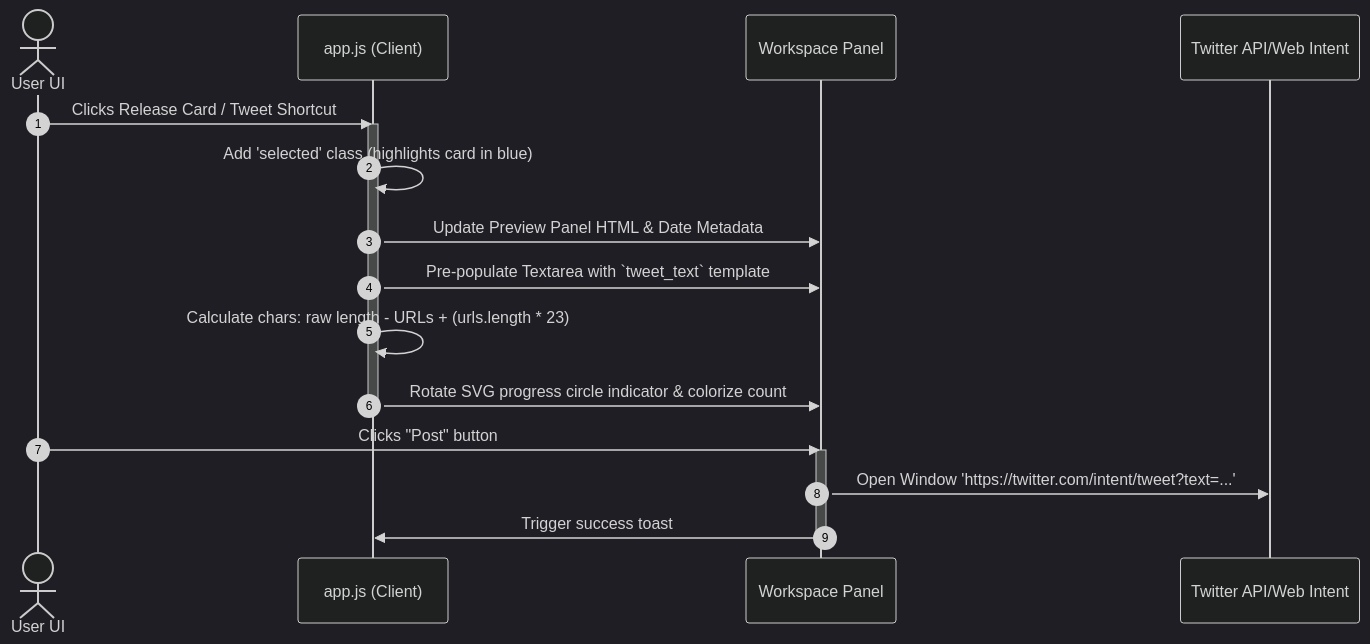
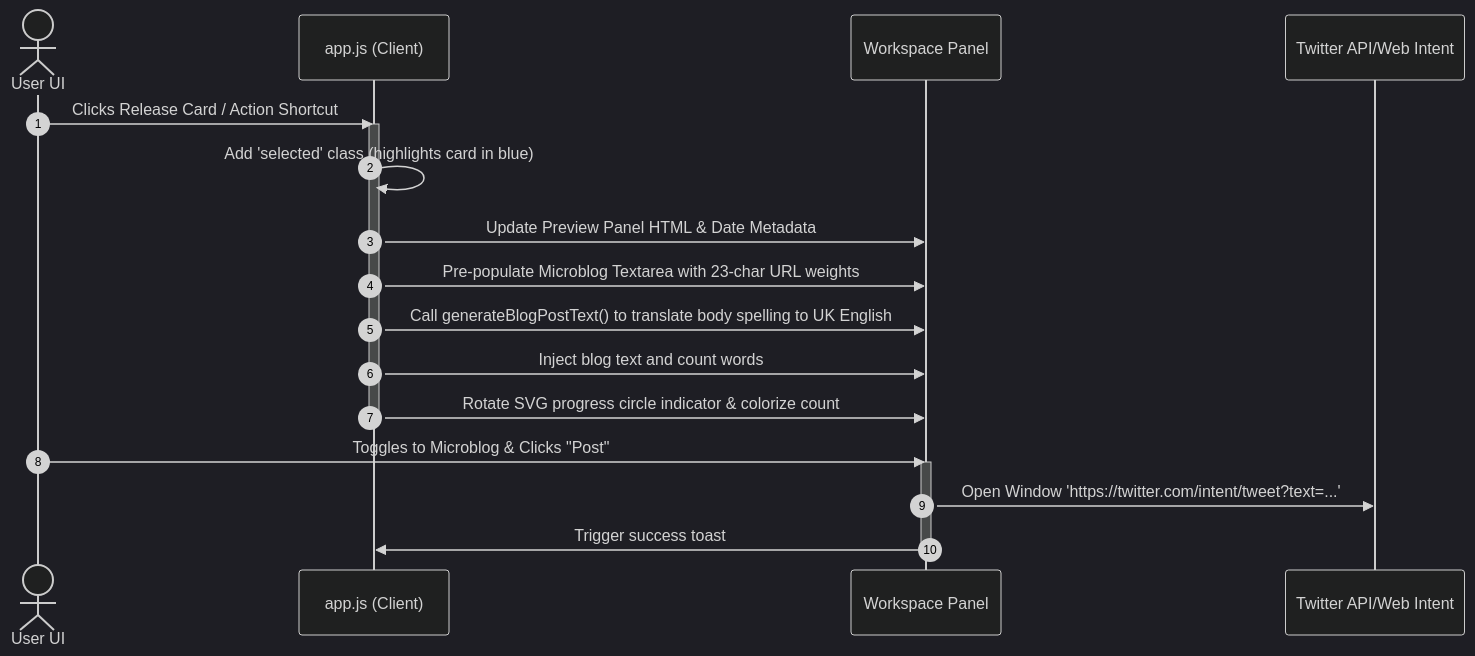
The second of 2 diagrams in system_architecture.md (goelkiran/goelkir-event-talks-app), drawn with Mermaid (dark theme) before and after one commit. The commit also changed other lines of this file and 2 other files, not shown here.

````diff
--- a/system_architecture.md
+++ b/system_architecture.md
@@ -96,23 +103,24 @@
 ```mermaid
 sequenceDiagram
     autonumber
     actor User as User UI
     participant Client as app.js (Client)
     participant Preview as Workspace Panel
     participant Twitter as Twitter API/Web Intent
 
-    User->>Client: Clicks Release Card / Tweet Shortcut
+    User->>Client: Clicks Release Card / Action Shortcut
     activate Client
     Client->>Client: Add 'selected' class (highlights card in blue)
     Client->>Preview: Update Preview Panel HTML & Date Metadata
-    Client->>Preview: Pre-populate Textarea with `tweet_text` template
-    Client->>Client: Calculate chars: raw length - URLs + (urls.length * 23)
+    Client->>Preview: Pre-populate Microblog Textarea with 23-char URL weights
+    Client->>Preview: Call generateBlogPostText() to translate body spelling to UK English
+    Client->>Preview: Inject blog text and count words
     Client->>Preview: Rotate SVG progress circle indicator & colorize count
     deactivate Client
     
-    User->>Preview: Clicks "Post" button
+    User->>Preview: Toggles to Microblog & Clicks "Post"
     activate Preview
     Preview->>Twitter: Open Window 'https://twitter.com/intent/tweet?text=...'
     Preview->>Client: Trigger success toast
     deactivate Preview
 ```
````
